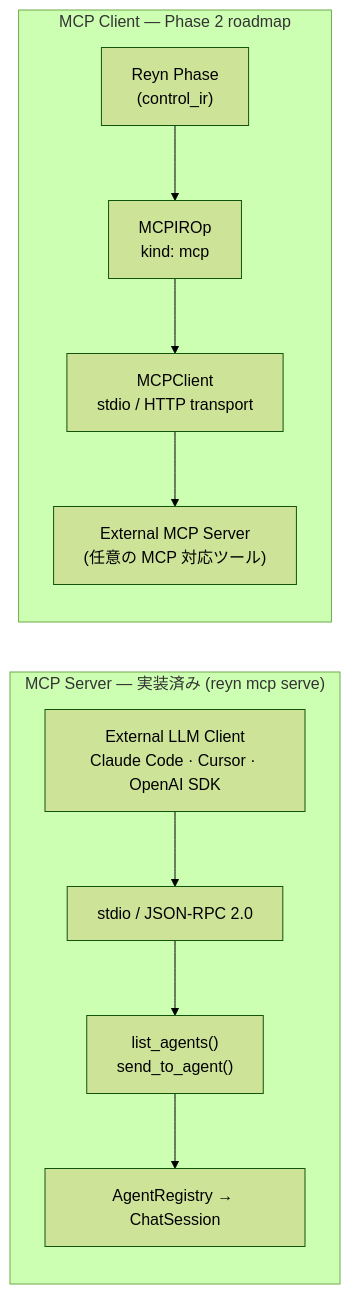
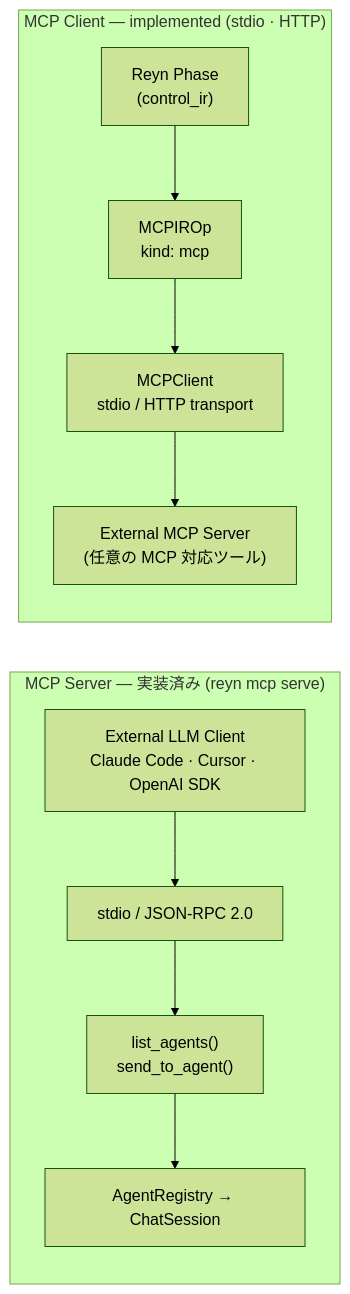
The eighth of 10 diagrams in docs/research/architecture-diagrams.md (tya5/reyn), drawn with Mermaid (forest theme) before and after one commit. The commit also changed 4 other files, not shown here.

First line of the commit message:
fix: MCP client は実装済み — Phase 2 roadmap 記述を訂正

````diff
--- a/docs/research/architecture-diagrams.md
+++ b/docs/research/architecture-diagrams.md
@@ -240,20 +240,20 @@
 ```mermaid
 flowchart LR
     subgraph SRV["MCP Server — 実装済み  (reyn mcp serve)"]
         direction TB
         EXT["External LLM Client\nClaude Code · Cursor · OpenAI SDK"]
         STDIO["stdio / JSON-RPC 2.0"]
         TOOLS["list_agents()\nsend_to_agent()"]
         AR["AgentRegistry → ChatSession"]
         EXT --> STDIO --> TOOLS --> AR
     end
 
-    subgraph CLI["MCP Client — Phase 2 roadmap"]
+    subgraph CLI["MCP Client — implemented (stdio · HTTP)"]
         direction TB
         PHASE["Reyn Phase\n(control_ir)"]
         MCIROP["MCPIROp\nkind: mcp"]
         MCLIENT["MCPClient\nstdio / HTTP transport"]
         EXTMCP["External MCP Server\n(任意の MCP 対応ツール)"]
         PHASE --> MCIROP --> MCLIENT --> EXTMCP
     end
 ```
````
